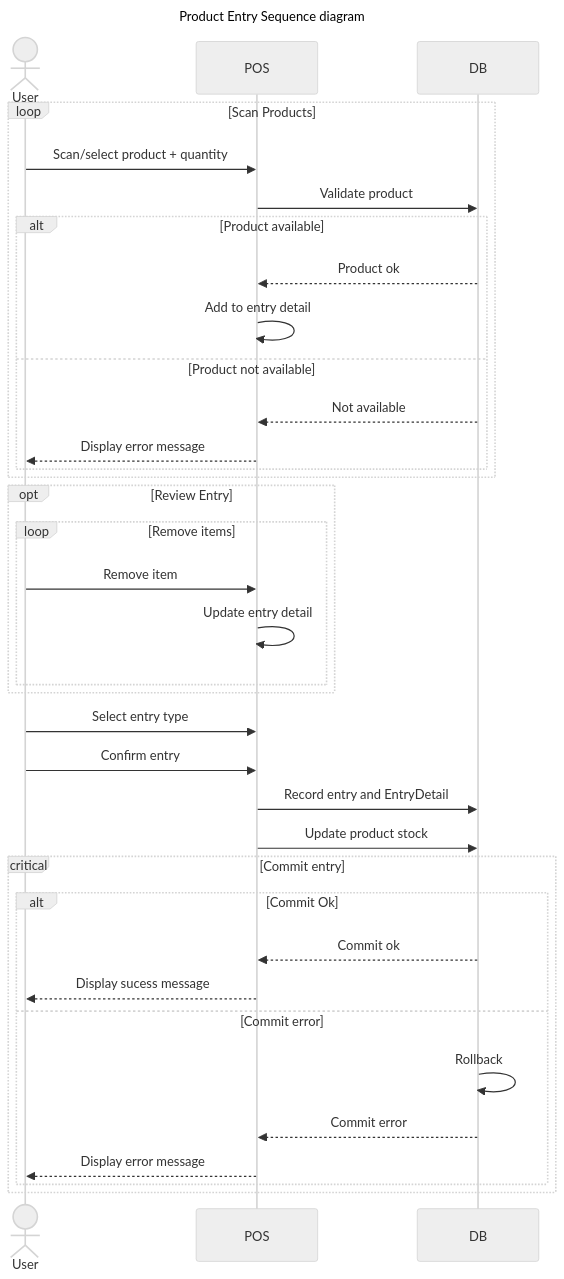
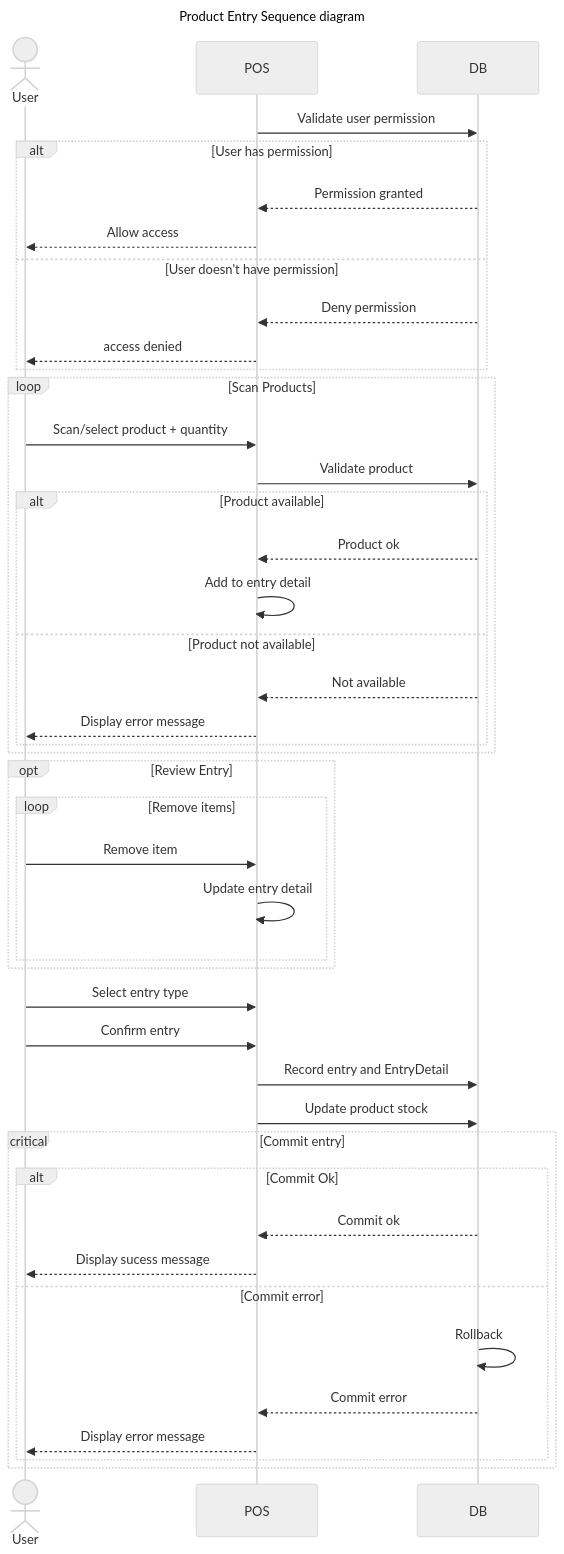
The fourth of 6 diagrams in Docs/04_Desing.md (SoyDavidJoan/Sugar_free_POS), drawn with Mermaid (neutral theme) before and after one commit. The commit also changed other lines of this file and 3 other files, not shown here.

Commit message:
docs: add user permission validation to existing diagrams

````diff
--- a/Docs/04_Desing.md
+++ b/Docs/04_Desing.md
@@ -265,40 +272,48 @@
 ```mermaid
 ---
 title: Product Entry Sequence diagram
 ---
 sequenceDiagram
   actor User as User
   participant POS as POS
   participant DB as DB
+  POS ->> DB: Validate user permission
+  alt User has permission
+    DB -->> POS: Permission granted
+    POS -->> User: Allow access
+  else User doesn't have permission
+    DB -->> POS: Deny permission
+    POS -->> User: access denied
+  end
   loop Scan Products
     User ->> POS: Scan/select product + quantity
     POS ->> DB: Validate product
     alt Product available
       DB -->> POS: Product ok
       POS ->> POS: Add to entry detail
     else Product not available
       DB -->> POS: Not available
       POS -->> User: Display error message
     end
   end
   opt Review Entry
     loop Remove items
       User ->> POS: Remove item
       POS ->> POS: Update entry detail
     end
   end
   User ->> POS: Select entry type
   User ->> POS: Confirm entry
   POS ->> DB: Record entry and EntryDetail
   POS ->> DB: Update product stock
   critical Commit entry 
     alt Commit Ok
       DB -->> POS: Commit ok
       POS -->> User: Display sucess message
     else Commit error
       DB ->> DB: Rollback
       DB -->> POS: Commit error
       POS -->> User: Display error message
     end
   end
 ```
````
